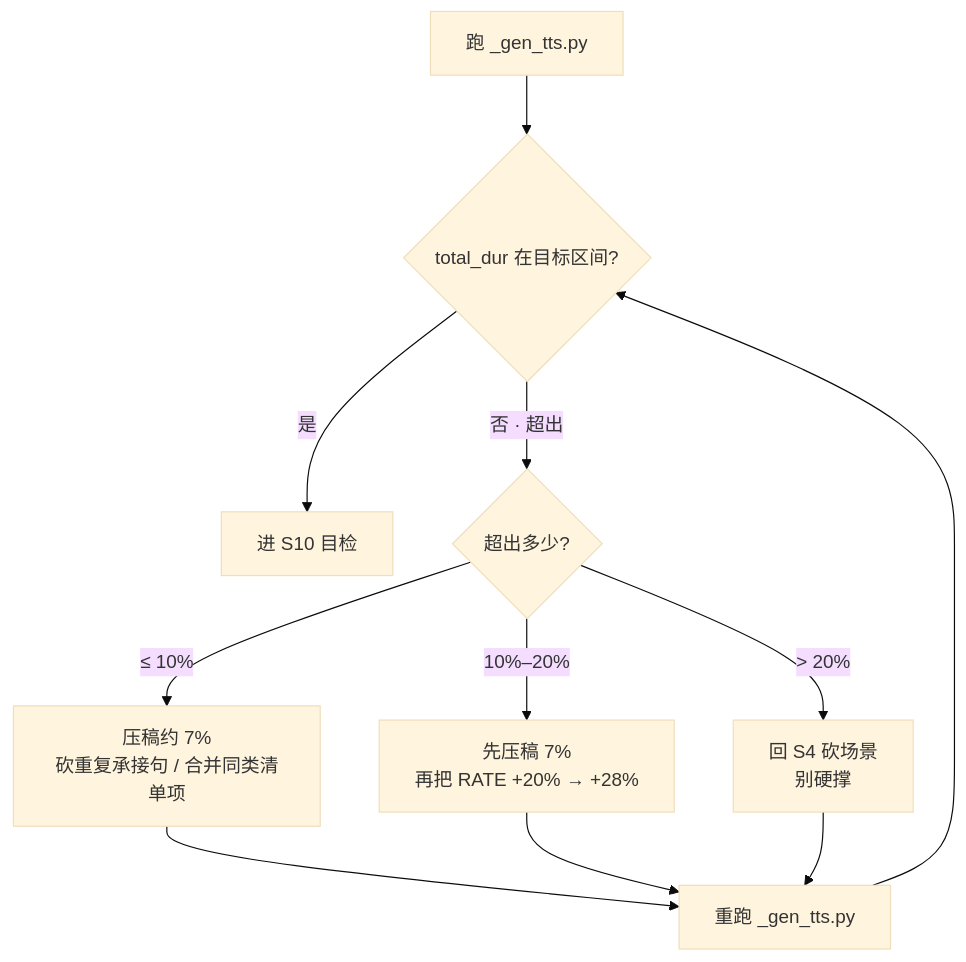
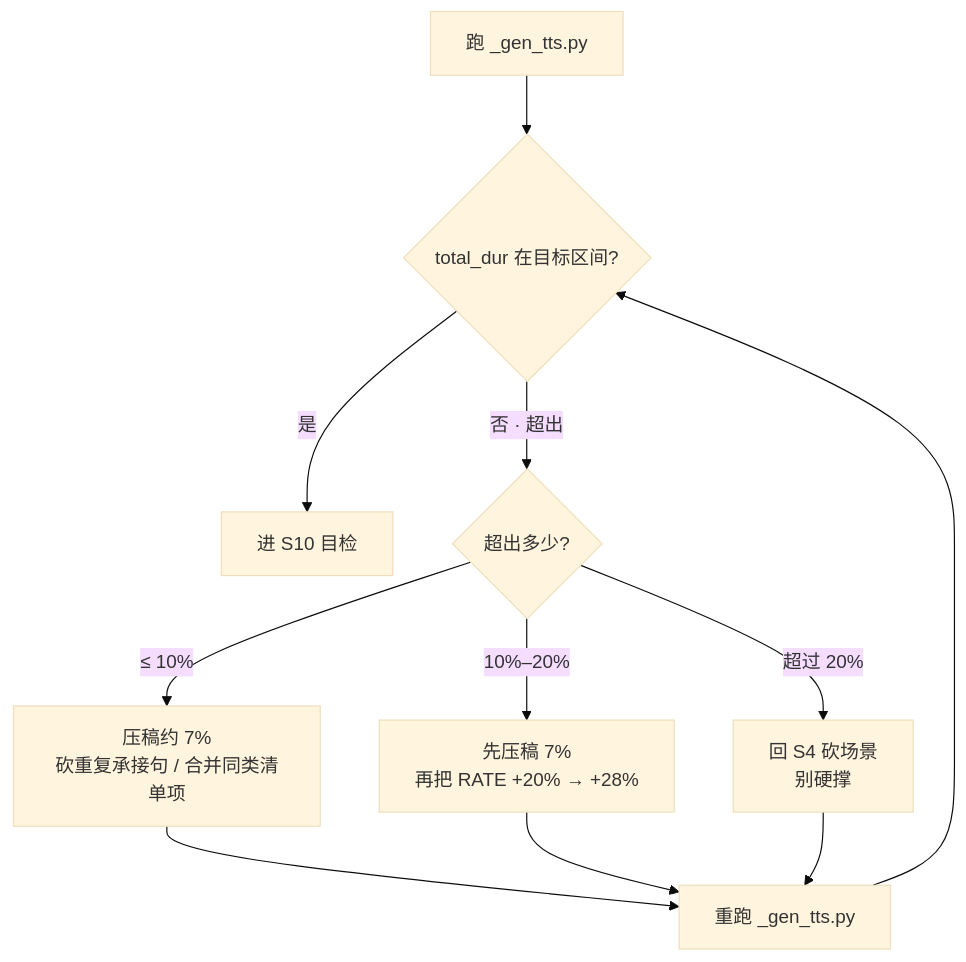
One commit to SpenBug/mcm-video-pipeline changed the seventh of 8 diagrams in docs/flowcharts.md. Above: the diagram before and after it, drawn with Mermaid (base theme). The commit also changed other lines of this file and 1 other file, not shown here.

Commit message:
fix: 修掉 Mermaid 节点标签里的尖括号，避免 GitHub 解析成 HTML 标签

````diff
--- a/docs/flowcharts.md
+++ b/docs/flowcharts.md
@@ -244,15 +244,15 @@
 ```mermaid
 flowchart TD
     Run["跑 _gen_tts.py"] --> Check{"total_dur 在目标区间?"}
     Check -->|"是"| OK["进 S10 目检"]
     Check -->|"否 · 超出"| Q1{"超出多少?"}
 
     Q1 -->|"≤ 10%"| Cut["压稿约 7%<br/>砍重复承接句 / 合并同类清单项"]
     Q1 -->|"10%–20%"| CutThenRate["先压稿 7%<br/>再把 RATE +20% → +28%"]
-    Q1 -->|"> 20%"| Back["回 S4 砍场景<br/>别硬撑"]
+    Q1 -->|"超过 20%"| Back["回 S4 砍场景<br/>别硬撑"]
 
     Cut --> ReRun["重跑 _gen_tts.py"]
     CutThenRate --> ReRun
     Back --> ReRun
     ReRun --> Check
 ```
````
